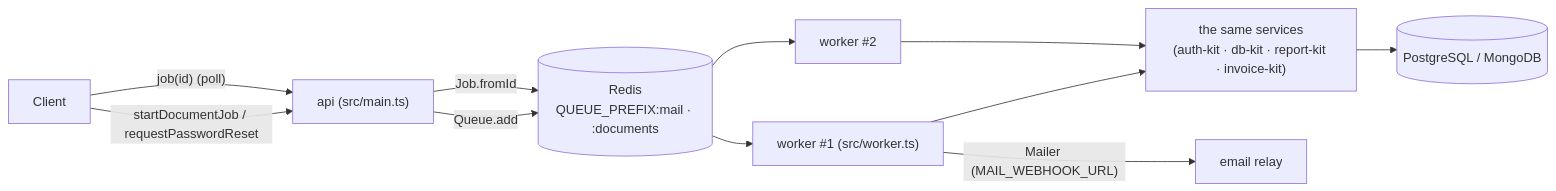
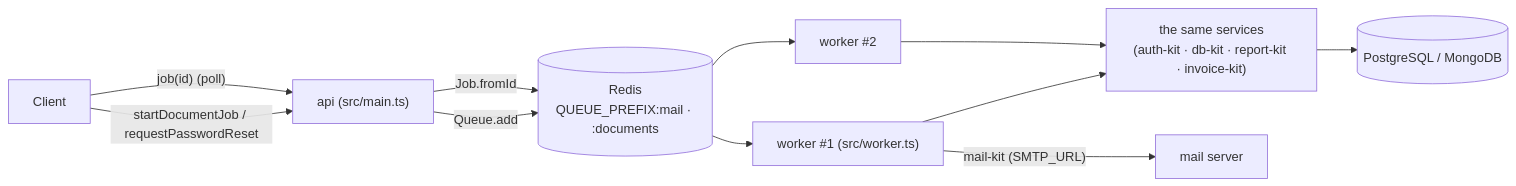
One commit to mgpl-diagnostics/api changed the first of 2 diagrams in docs/16-worker.md. Above: the diagram before and after it, drawn with Mermaid. The commit also changed other lines of this file and 17 other files, not shown here.

First line of the commit message:
feat(mail): send password-reset mail with mail-kit over SMTP (#5)

````diff
--- a/docs/16-worker.md
+++ b/docs/16-worker.md
@@ -7,12 +7,12 @@
 ```mermaid
 flowchart LR
   C["Client"] -- "startDocumentJob / requestPasswordReset" --> API["api (src/main.ts)"]
   API -- "Queue.add" --> R[("Redis<br/>QUEUE_PREFIX:mail · :documents")]
   R --> W1["worker #1 (src/worker.ts)"]
   R --> W2["worker #2"]
   W1 & W2 --> SVC["the same services<br/>(auth-kit · db-kit · report-kit · invoice-kit)"]
   SVC --> DB[("PostgreSQL / MongoDB")]
-  W1 -- "Mailer (MAIL_WEBHOOK_URL)" --> M["email relay"]
+  W1 -- "mail-kit (SMTP_URL)" --> M["mail server"]
   C -- "job(id) (poll)" --> API
   API -- "Job.fromId" --> R
 ```
````
